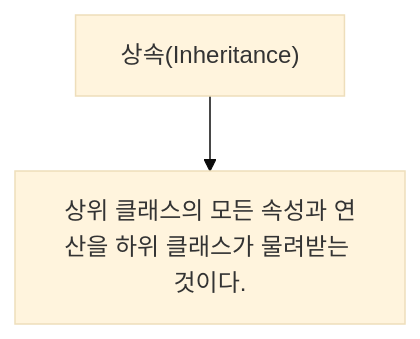
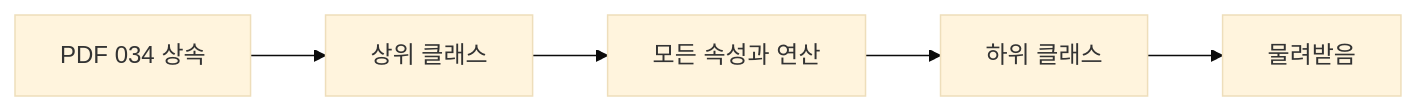
Before and after one commit to nes0903/study: the second of 11 diagrams in 정보처리기사/1과목 소프트웨어 설계/034 상속(Inheritance)/034 상속(Inheritance).md, drawn with Mermaid (base theme). The commit also changed other lines of this file and 318 other files, not shown here.

````diff
--- a/정보처리기사/1과목 소프트웨어 설계/034 상속(Inheritance)/034 상속(Inheritance).md
+++ b/정보처리기사/1과목 소프트웨어 설계/034 상속(Inheritance)/034 상속(Inheritance).md
@@ -13,5 +38,8 @@
 ```mermaid
-flowchart TD
-    A["상속(Inheritance)"]
-    A --> N1["상위 클래스의 모든 속성과 연산을 하위 클래스가 물려받는 것이다."]
+flowchart LR
+    A["PDF 034 상속"]
+    A --> B["상위 클래스"]
+    B --> C["모든 속성과 연산"]
+    C --> D["하위 클래스"]
+    D --> E["물려받음"]
 ```
````
